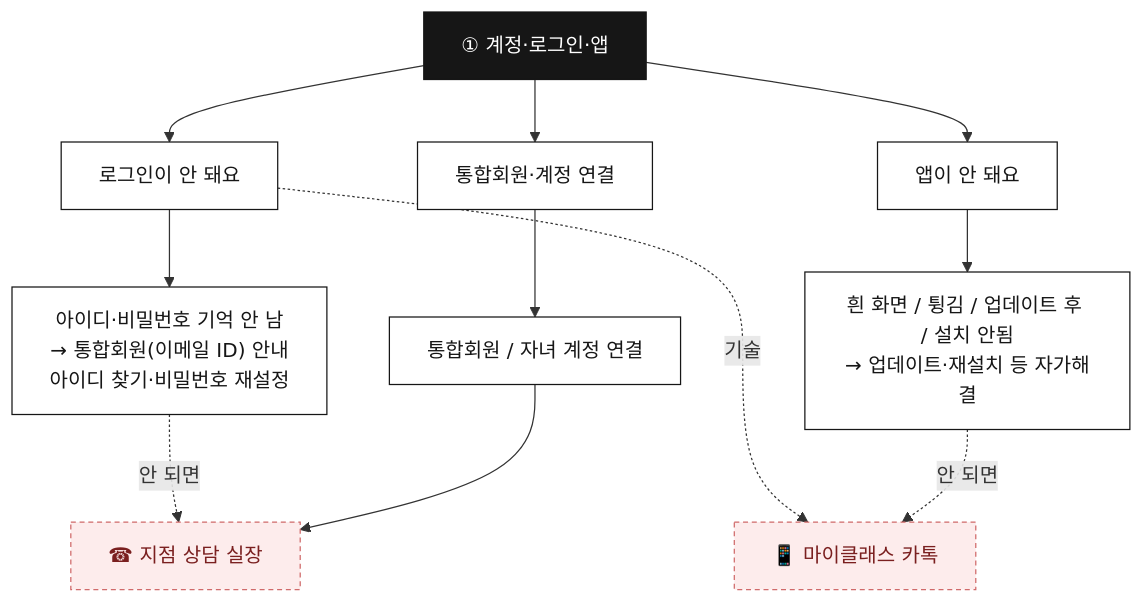
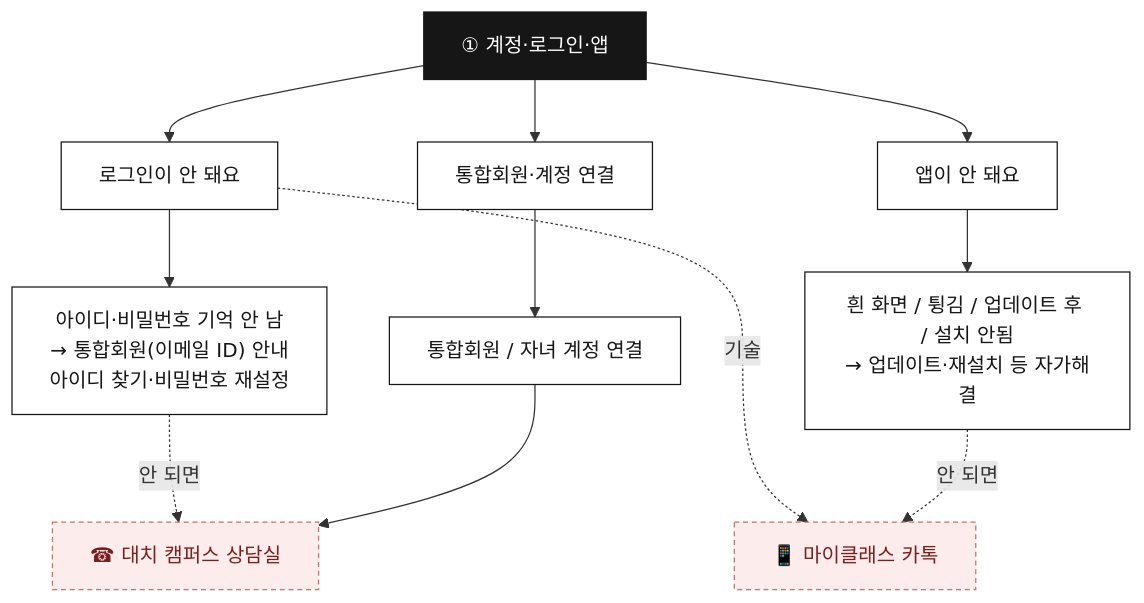
The fourth of 12 diagrams in analysis/myclass-chatbot/SCENARIO_PLAN.md (layr8x/Wiki), drawn with Mermaid before and after one commit. The commit also changed other lines of this file and 8 other files, not shown here.

````diff
--- a/analysis/myclass-chatbot/SCENARIO_PLAN.md
+++ b/analysis/myclass-chatbot/SCENARIO_PLAN.md
@@ -120,18 +121,18 @@
 ```mermaid
 flowchart TD
   A["① 계정·로그인·앱"]:::menu
   A --> L["로그인이 안 돼요"]:::step
   A --> U["통합회원·계정 연결"]:::step
   A --> P["앱이 안 돼요"]:::step
 
   L --> L1["아이디·비밀번호 기억 안 남<br/>→ 통합회원(이메일 ID) 안내<br/>아이디 찾기·비밀번호 재설정"]:::step
-  L1 -.안 되면.-> CP["☎ 지점 상담 실장"]:::hand
+  L1 -.안 되면.-> CP["☎ 대치 캠퍼스 상담실"]:::hand
   L -.기술.-> CT["📱 마이클래스 카톡"]:::hand
   U --> U1["통합회원 / 자녀 계정 연결"]:::step --> CP
   P --> P1["흰 화면 / 튕김 / 업데이트 후 / 설치 안됨<br/>→ 업데이트·재설치 등 자가해결"]:::step
   P1 -.안 되면.-> CT
 
   classDef menu fill:#161616,color:#ffffff,stroke:#161616;
   classDef step fill:#ffffff,color:#161616,stroke:#161616;
   classDef hand fill:#fdecec,color:#7a1f1f,stroke:#d06a6a,stroke-dasharray:4 3;
 ```
````
